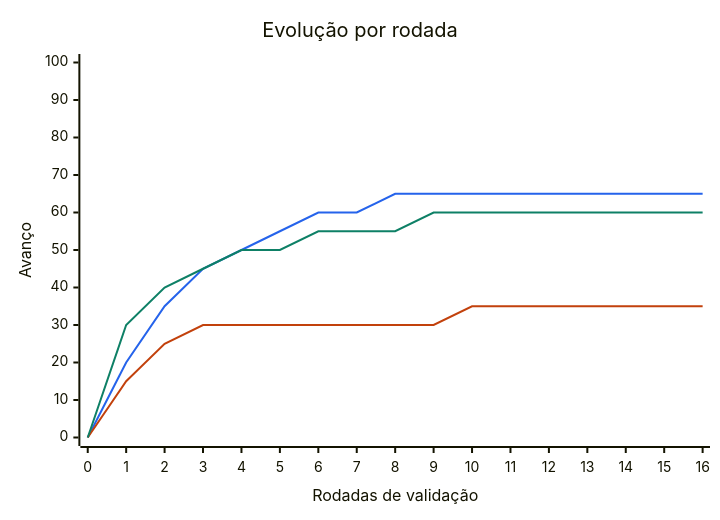
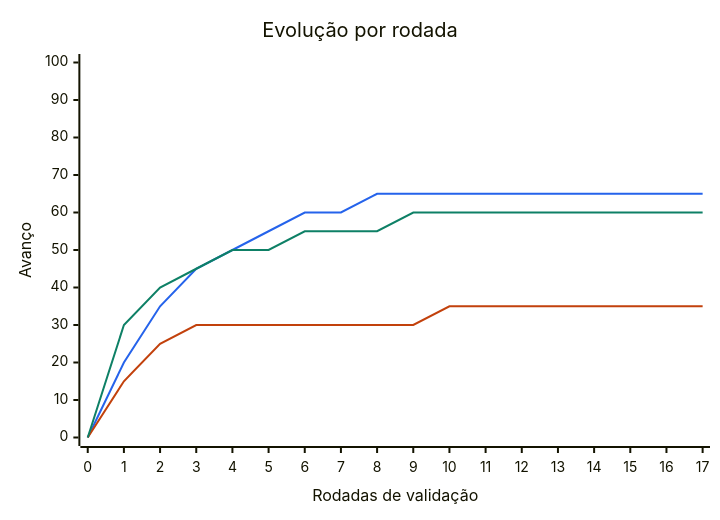
One commit to thiagozonda1989-stack/simuladorCotacao changed the diagram in docs/colaboracao/ACOMPANHAMENTO.md. Above: the diagram before and after it, drawn with Mermaid. The commit also changed other lines of this file and 1 other file, not shown here.

Commit message:
Registra a rodada 17 no painel de acompanhamento

````diff
--- a/docs/colaboracao/ACOMPANHAMENTO.md
+++ b/docs/colaboracao/ACOMPANHAMENTO.md
@@ -11,15 +11,15 @@
 ```mermaid
 ---
 config:
   themeVariables:
     xyChart:
       plotColorPalette: "#2563eb,#c2410c,#0e8066"
 ---
 xychart-beta
   title "Evolução por rodada"
-  x-axis "Rodadas de validação" [0, 1, 2, 3, 4, 5, 6, 7, 8, 9, 10, 11, 12, 13, 14, 15, 16]
+  x-axis "Rodadas de validação" [0, 1, 2, 3, 4, 5, 6, 7, 8, 9, 10, 11, 12, 13, 14, 15, 16, 17]
   y-axis "Avanço" 0 --> 100
-  line [0, 20, 35, 45, 50, 55, 60, 60, 65, 65, 65, 65, 65, 65, 65, 65, 65]
-  line [0, 15, 25, 30, 30, 30, 30, 30, 30, 30, 35, 35, 35, 35, 35, 35, 35]
-  line [0, 30, 40, 45, 50, 50, 55, 55, 55, 60, 60, 60, 60, 60, 60, 60, 60]
+  line [0, 20, 35, 45, 50, 55, 60, 60, 65, 65, 65, 65, 65, 65, 65, 65, 65, 65]
+  line [0, 15, 25, 30, 30, 30, 30, 30, 30, 30, 35, 35, 35, 35, 35, 35, 35, 35]
+  line [0, 30, 40, 45, 50, 50, 55, 55, 55, 60, 60, 60, 60, 60, 60, 60, 60, 60]
 ```
````
